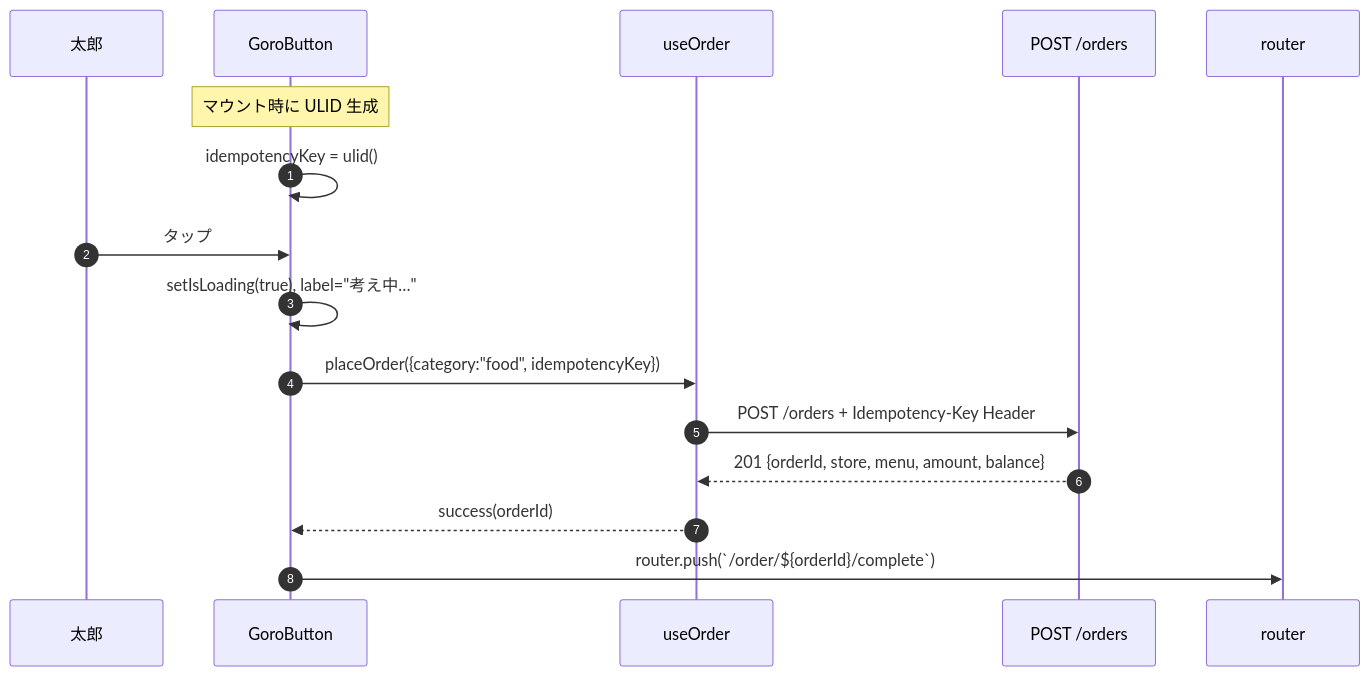
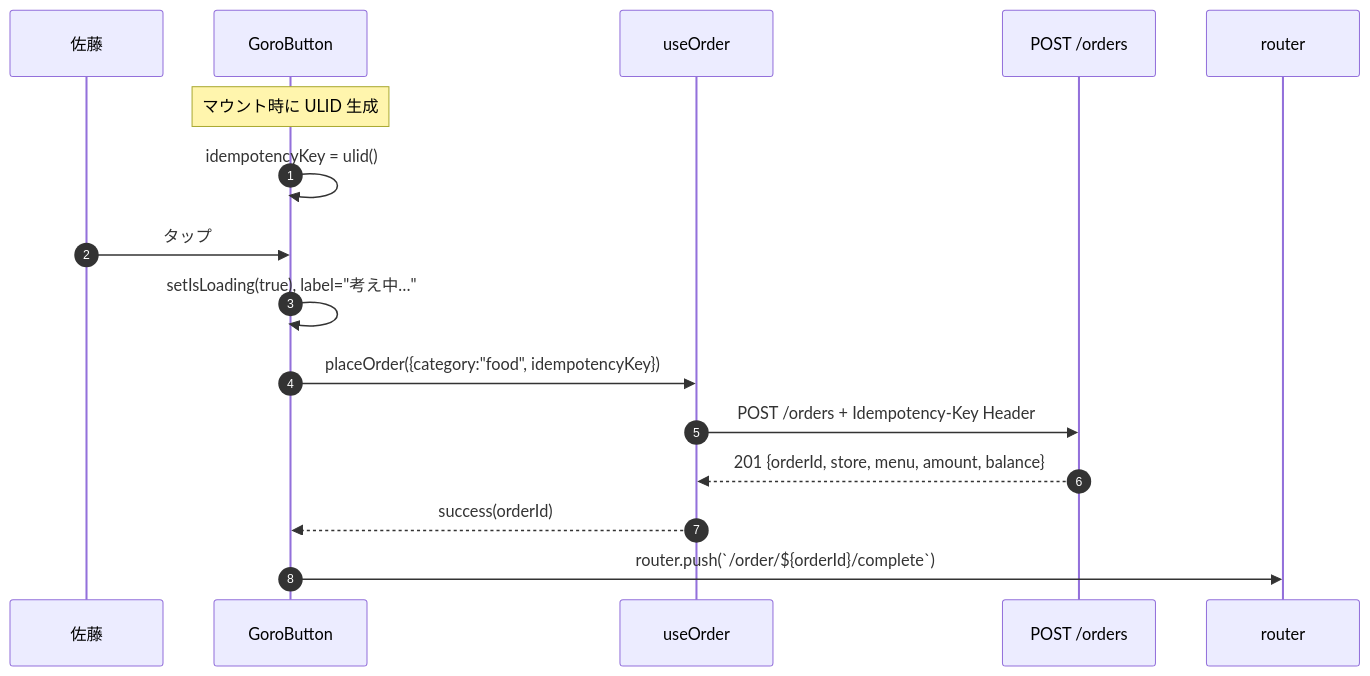
The second of 4 diagrams in aidlc-docs/construction/order/functional-design/frontend-components.md (ryotinjpn/goro2pay), drawn with Mermaid before and after one commit. The commit also changed 15 other files, not shown here.

````diff
--- a/aidlc-docs/construction/order/functional-design/frontend-components.md
+++ b/aidlc-docs/construction/order/functional-design/frontend-components.md
@@ -97,20 +97,20 @@
 ```mermaid
 sequenceDiagram
     autonumber
-    participant U as 太郎
+    participant U as 佐藤
     participant GB as GoroButton
     participant H as useOrder
     participant API as POST /orders
     participant R as router
 
     Note over GB: マウント時に ULID 生成
     GB->>GB: idempotencyKey = ulid()
 
     U->>GB: タップ
     GB->>GB: setIsLoading(true), label="考え中…"
     GB->>H: placeOrder({category:"food", idempotencyKey})
     H->>API: POST /orders + Idempotency-Key Header
     API-->>H: 201 {orderId, store, menu, amount, balance}
     H-->>GB: success(orderId)
     GB->>R: router.push(`/order/${orderId}/complete`)
 ```
````
